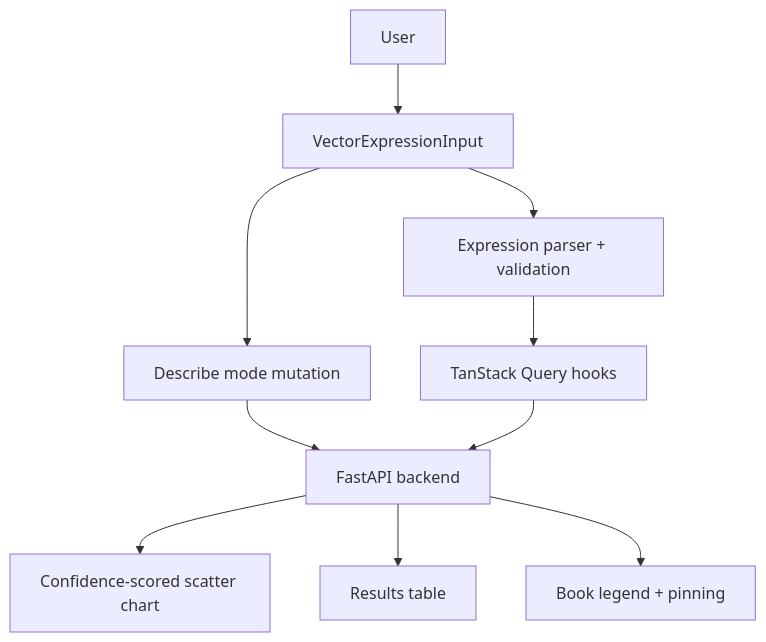
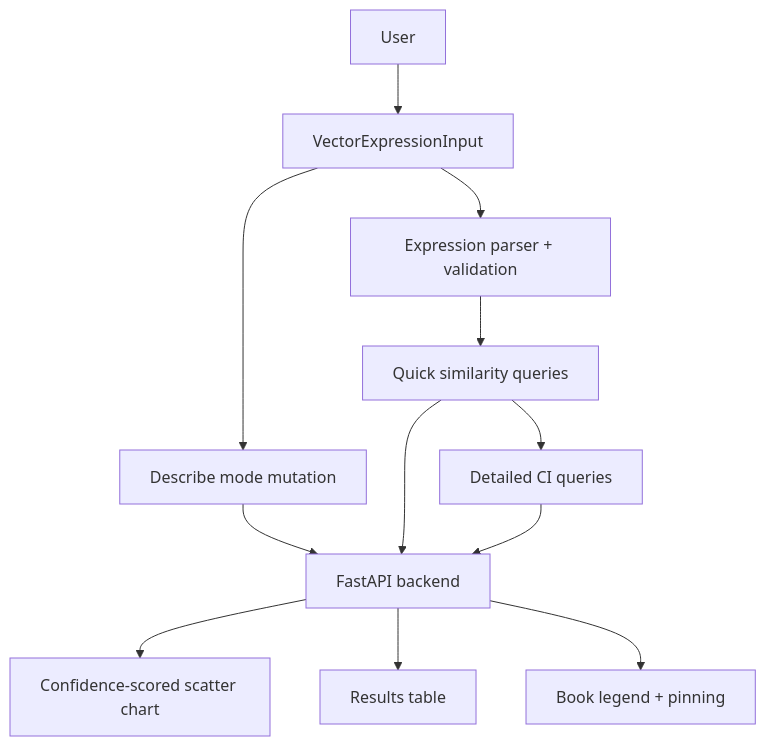
One commit to areebms/comparative-nuance-frontend changed the diagram in README.md. Above: the diagram before and after it, drawn with Mermaid. The commit also changed other lines of this file and 8 other files, not shown here.

````diff
--- a/README.md
+++ b/README.md
@@ -83,12 +91,14 @@
 ```mermaid
 flowchart TD
     User[User] --> Input[VectorExpressionInput]
     Input --> Parser[Expression parser + validation]
     Input --> Describe[Describe mode mutation]
-    Parser --> Queries[TanStack Query hooks]
+    Parser --> Quick[Quick similarity queries]
     Describe --> API[FastAPI backend]
-    Queries --> API
+    Quick --> API
+    Quick --> Detailed[Detailed CI queries]
+    Detailed --> API
     API --> Chart[Confidence-scored scatter chart]
     API --> Table[Results table]
     API --> Legend[Book legend + pinning]
 ```
````
